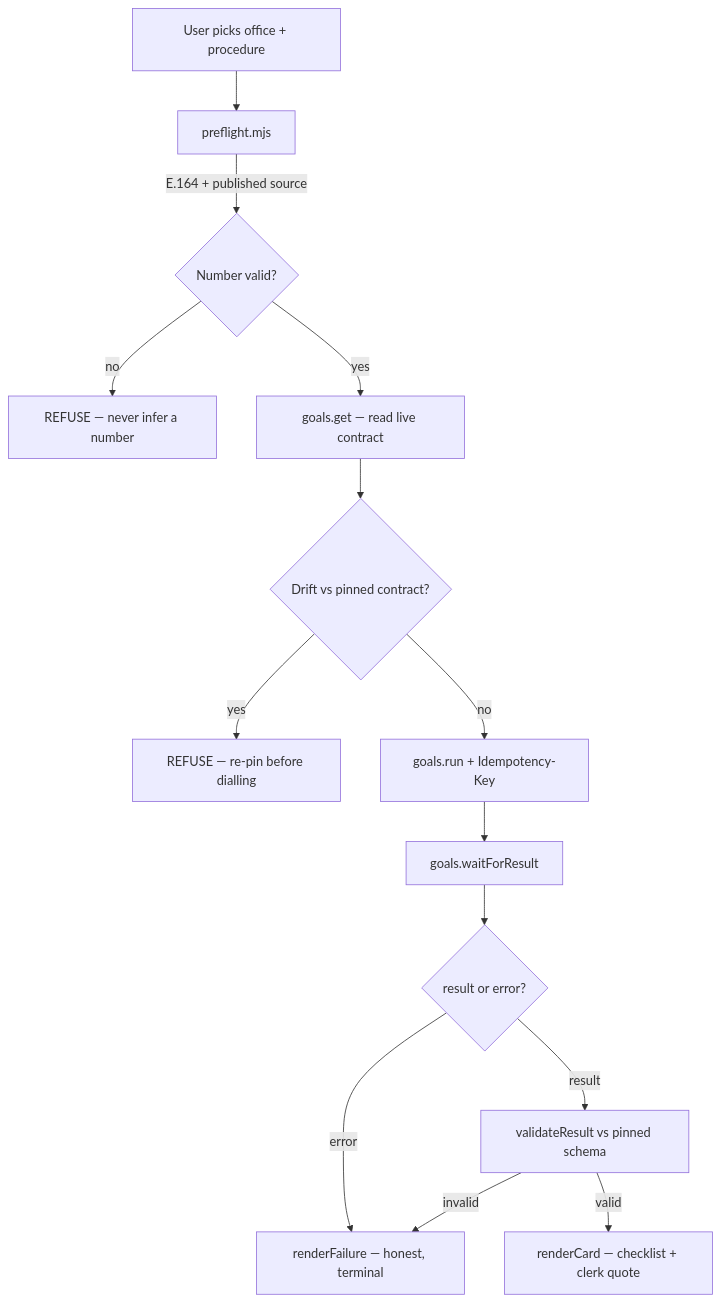
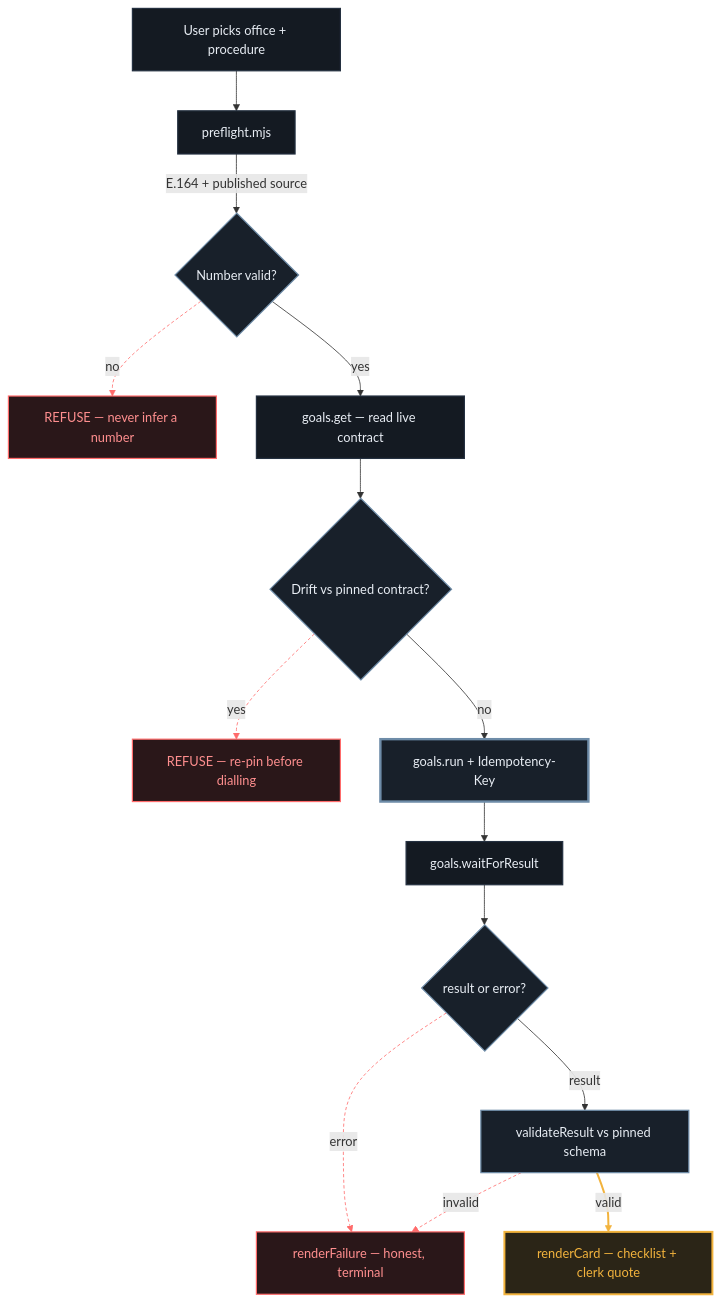
Before and after one commit to edycutjong/countercall: the diagram in README.md, drawn with Mermaid. The commit also changed other lines of this file and 5 other files, not shown here.

First line of the commit message:
feat(web): interactive architecture page, and colour that carries meaning

````diff
--- a/README.md
+++ b/README.md
@@ -85,16 +103,31 @@
 ```mermaid
 graph TD
     A[User picks office + procedure] --> B[preflight.mjs]
     B -->|E.164 + published source| C{Number valid?}
     C -->|no| R[REFUSE — never infer a number]
     C -->|yes| D[goals.get — read live contract]
     D --> E{Drift vs pinned contract?}
     E -->|yes| R2[REFUSE — re-pin before dialling]
     E -->|no| F[goals.run + Idempotency-Key]
     F --> G[goals.waitForResult]
     G --> H{result or error?}
     H -->|error| I[renderFailure — honest, terminal]
     H -->|result| J[validateResult vs pinned schema]
     J -->|invalid| I
     J -->|valid| K[renderCard — checklist + clerk quote]
+
+    classDef flow fill:#141A22,stroke:#243040,stroke-width:1.5px,color:#E8EDF4
+    classDef dec  fill:#18202A,stroke:#6E8CA8,stroke-width:1.5px,color:#E8EDF4
+    classDef ring fill:#18202A,stroke:#6E8CA8,stroke-width:3px,color:#E8EDF4
+    classDef stop fill:#2A1719,stroke:#FF6B6B,stroke-width:1.5px,color:#FF8F8F
+    classDef ev   fill:#2B2517,stroke:#F2B33D,stroke-width:2.5px,color:#F2B33D
+
+    class A,B,D,G flow
+    class C,E,H,J dec
+    class F ring
+    class R,R2,I stop
+    class K ev
+
+    linkStyle 2,5,9,11 stroke:#FF6B6B,stroke-dasharray:4 3
+    linkStyle 12 stroke:#F2B33D,stroke-width:2.5px
 ```
````
